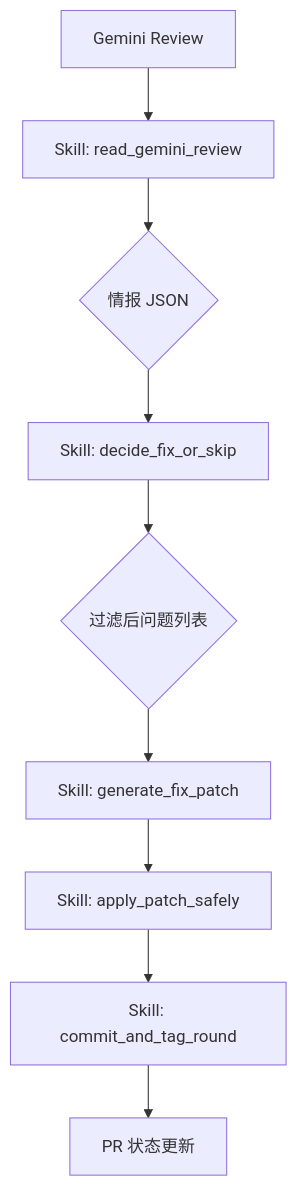
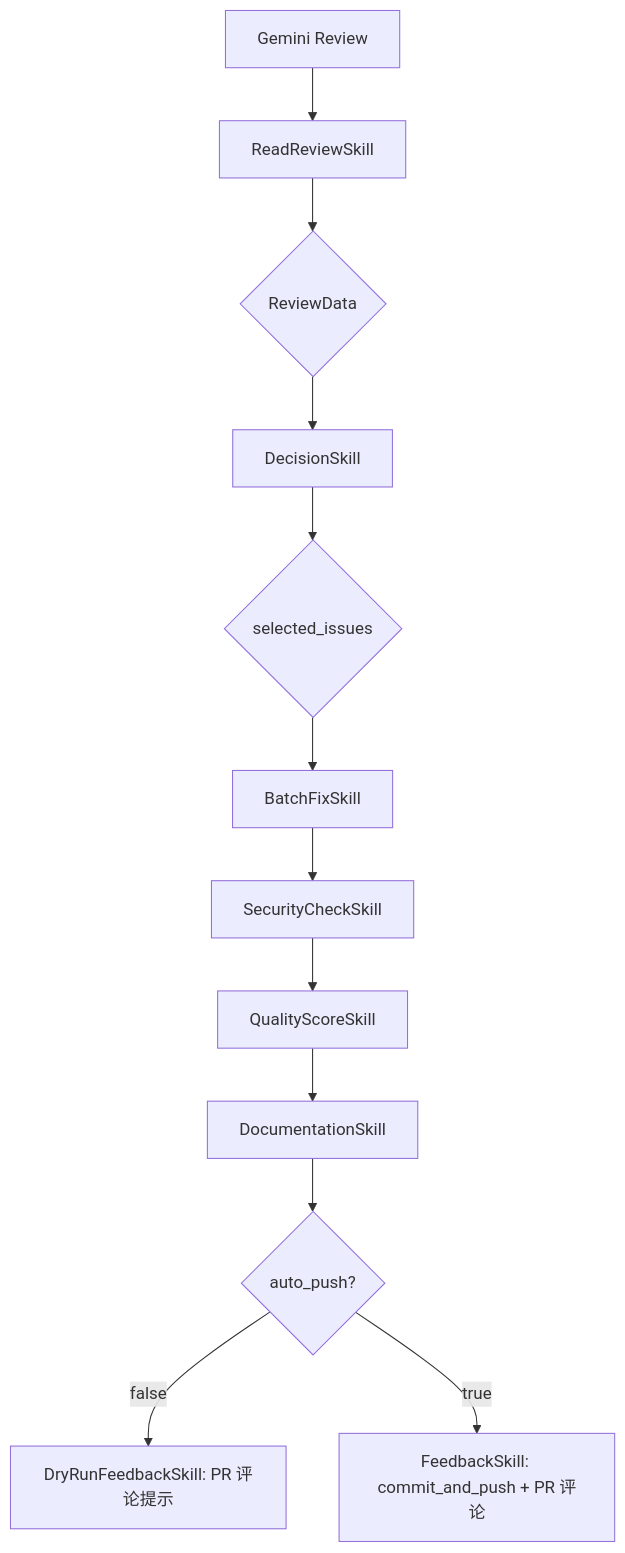
One commit to peanutDD/NexusVault changed the diagram in docs/design-docs/codex-pr-auto-fix-design.md. Above: the diagram before and after it, drawn with Mermaid. The commit also changed other lines of this file and 14 other files, not shown here.

````diff
--- a/docs/design-docs/codex-pr-auto-fix-design.md
+++ b/docs/design-docs/codex-pr-auto-fix-design.md
@@ -7,11 +7,14 @@
 ```mermaid
 graph TD
-    A[Gemini Review] --> B[Skill: read_gemini_review]
-    B --> C{情报 JSON}
-    C --> D[Skill: decide_fix_or_skip]
-    D --> E{过滤后问题列表}
-    E --> F[Skill: generate_fix_patch]
-    F --> G[Skill: apply_patch_safely]
-    G --> H[Skill: commit_and_tag_round]
-    H --> I[PR 状态更新]
+    A[Gemini Review] --> B[ReadReviewSkill]
+    B --> C{ReviewData}
+    C --> D[DecisionSkill]
+    D --> E{selected_issues}
+    E --> F[BatchFixSkill]
+    F --> G[SecurityCheckSkill]
+    G --> H[QualityScoreSkill]
+    H --> I[DocumentationSkill]
+    I --> J{auto_push?}
+    J -->|false| K[DryRunFeedbackSkill: PR 评论提示]
+    J -->|true| L[FeedbackSkill: commit_and_push + PR 评论]
 ```
````
